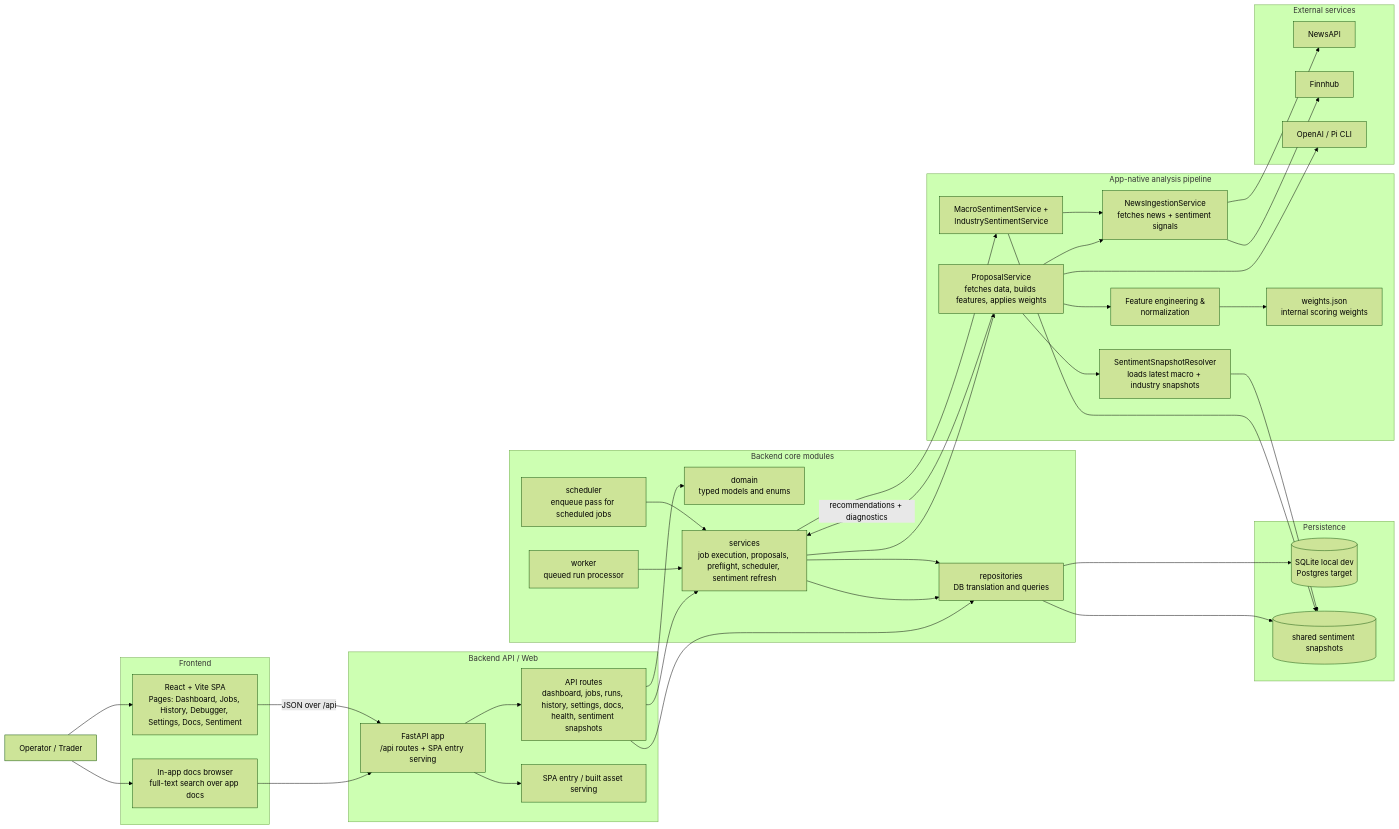
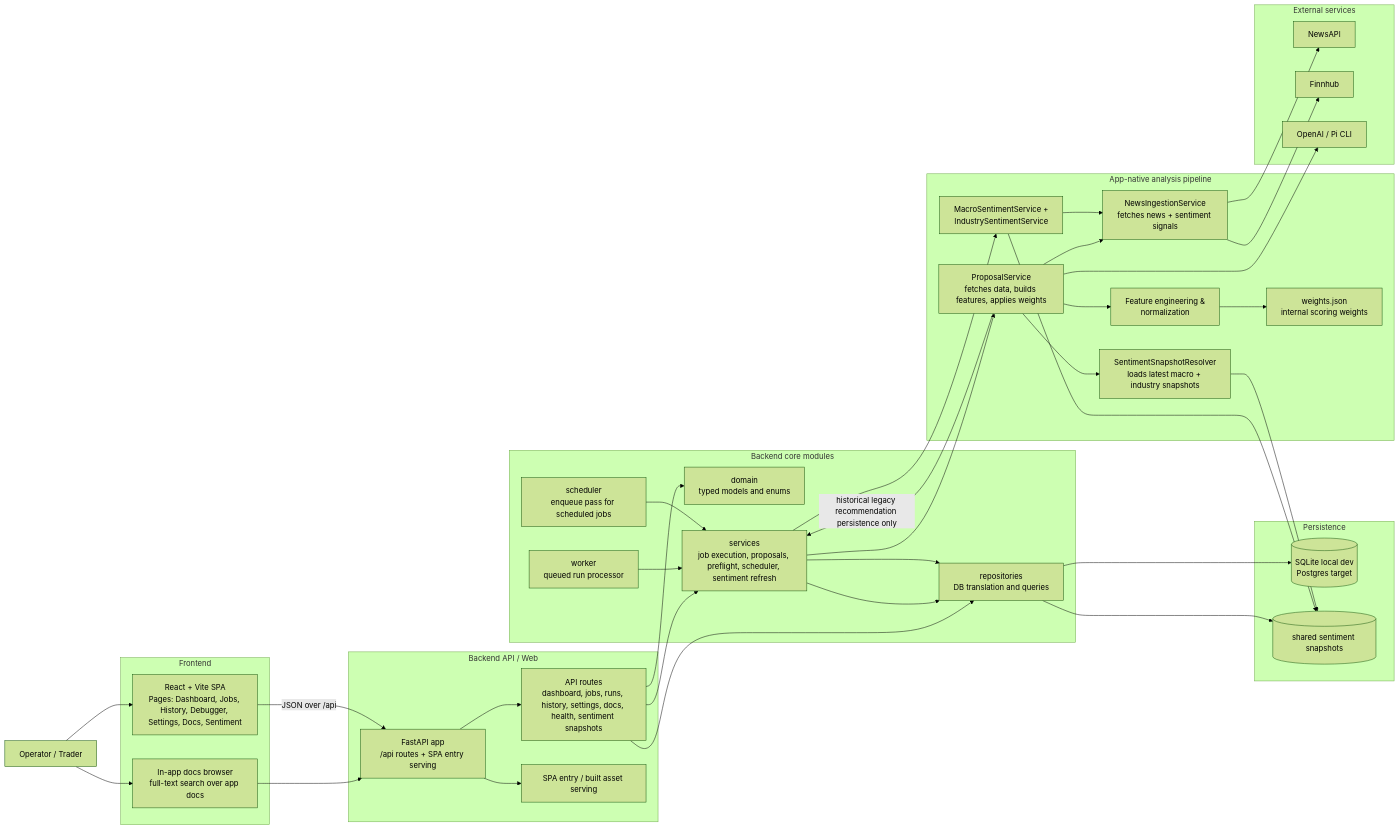
Before and after one commit to NLK511/essepoitenepenti: the diagram in docs/architecture.md, drawn with Mermaid (forest theme). The commit also changed other lines of this file and 6 other files, not shown here.

````diff
--- a/docs/architecture.md
+++ b/docs/architecture.md
@@ -33,76 +33,76 @@
 ```mermaid
 flowchart LR
     User[Operator / Trader]
 
     subgraph Frontend[Frontend]
         SPA[React + Vite SPA\nPages: Dashboard, Jobs, History, Debugger, Settings, Docs, Sentiment]
         DocsUI[In-app docs browser\nfull-text search over app docs]
     end
 
     subgraph Backend[Backend API / Web]
         FastAPI[FastAPI app\n/api routes + SPA entry serving]
         APIRoutes[API routes\ndashboard, jobs, runs, history, settings, docs, health, sentiment snapshots]
         WebEntry[SPA entry / built asset serving]
     end
 
     subgraph Core[Backend core modules]
         Domain[domain\ntyped models and enums]
         Repositories[repositories\nDB translation and queries]
         Services[services\njob execution, proposals, preflight, scheduler, sentiment refresh]
         Workers[worker\nqueued run processor]
         Scheduler[scheduler\nenqueue pass for scheduled jobs]
     end
 
     subgraph Storage[Persistence]
         DB[(SQLite local dev\nPostgres target)]
         Snapshots[(shared sentiment snapshots)]
     end
 
     subgraph Pipeline[App-native analysis pipeline]
         ProposalService[ProposalService\nfetches data, builds features, applies weights]
         SnapshotResolver[SentimentSnapshotResolver\nloads latest macro + industry snapshots]
         NewsIngestionService[NewsIngestionService\nfetches news + sentiment signals]
         FeatureEngine[Feature engineering &\nnormalization]
         Weights[weights.json\ninternal scoring weights]
         RefreshServices[MacroSentimentService +\nIndustrySentimentService]
     end
 
     subgraph External[External services]
         NewsAPI[NewsAPI]
         Finnhub[Finnhub]
         OptionalLLM[OpenAI / Pi CLI]
     end
 
     User --> SPA
     User --> DocsUI
     DocsUI --> FastAPI
     SPA -->|JSON over /api| FastAPI
     FastAPI --> APIRoutes
     FastAPI --> WebEntry
 
     APIRoutes --> Domain
     APIRoutes --> Repositories
     APIRoutes --> Services
     Workers --> Services
     Scheduler --> Services
     Services --> Repositories
     Repositories --> DB
     Repositories --> Snapshots
 
     Services --> ProposalService
     Services --> RefreshServices
     ProposalService --> SnapshotResolver
     ProposalService --> FeatureEngine
     ProposalService --> NewsIngestionService
     FeatureEngine --> Weights
     RefreshServices --> NewsIngestionService
     RefreshServices --> Snapshots
     SnapshotResolver --> Snapshots
 
     NewsIngestionService --> NewsAPI
     NewsIngestionService --> Finnhub
     ProposalService --> OptionalLLM
 
-    ProposalService -->|recommendations + diagnostics| Services
+    ProposalService -->|historical legacy recommendation persistence only| Services
     Services --> Repositories
 ```
````
